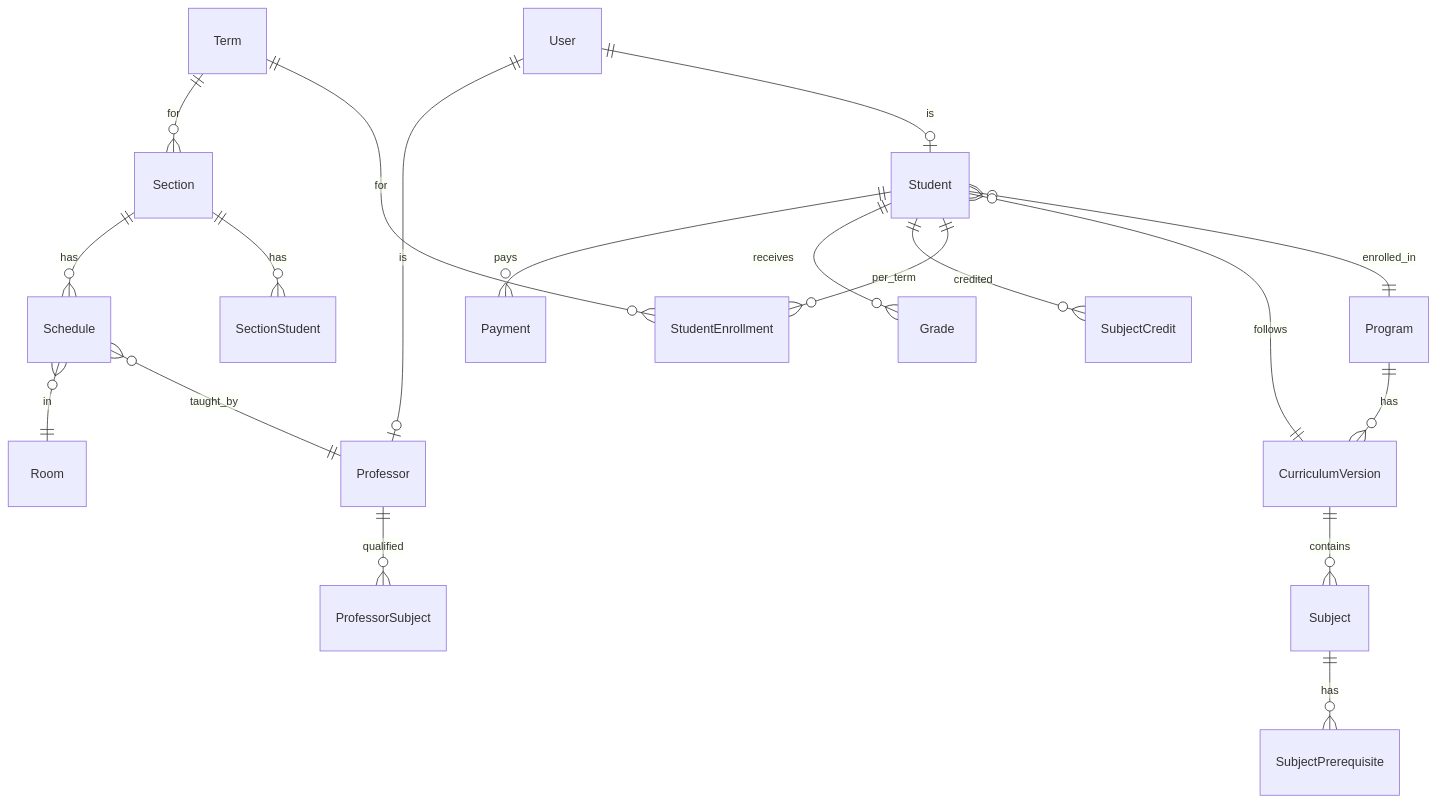
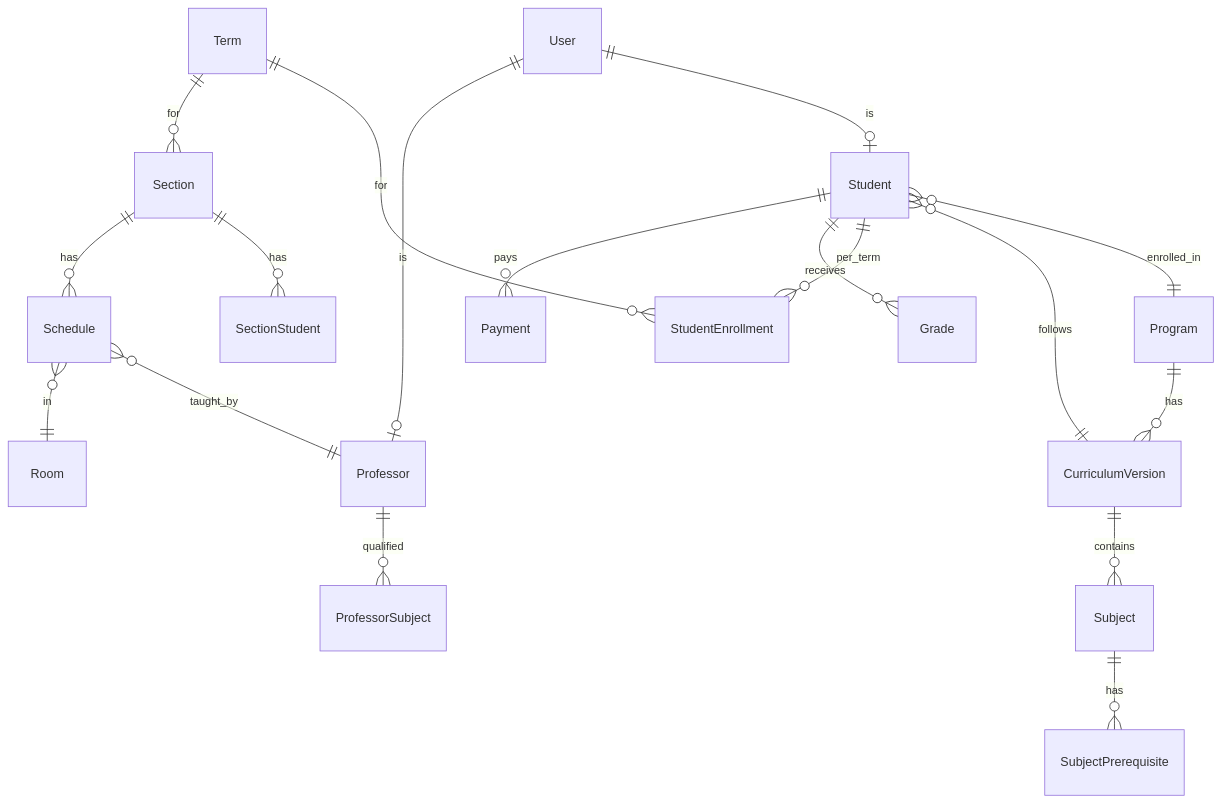
Before and after one commit to property360-2/richwell-potal: the diagram in schema.md, drawn with Mermaid. The commit also changed other lines of this file, not shown here.

````diff
--- a/schema.md
+++ b/schema.md
@@ -11,21 +11,20 @@
 ```mermaid
 erDiagram
     User ||--o| Student : "is"
     User ||--o| Professor : "is"
     Program ||--o{ CurriculumVersion : "has"
     CurriculumVersion ||--o{ Subject : "contains"
     Subject ||--o{ SubjectPrerequisite : "has"
     Student }o--|| Program : "enrolled_in"
     Student }o--|| CurriculumVersion : "follows"
     Student ||--o{ StudentEnrollment : "per_term"
-    Student ||--o{ SubjectCredit : "credited"
     Term ||--o{ StudentEnrollment : "for"
     Term ||--o{ Section : "for"
     Section ||--o{ SectionStudent : "has"
     Section ||--o{ Schedule : "has"
     Professor ||--o{ ProfessorSubject : "qualified"
     Schedule }o--|| Professor : "taught_by"
     Schedule }o--|| Room : "in"
     Student ||--o{ Grade : "receives"
     Student ||--o{ Payment : "pays"
 ```
````
